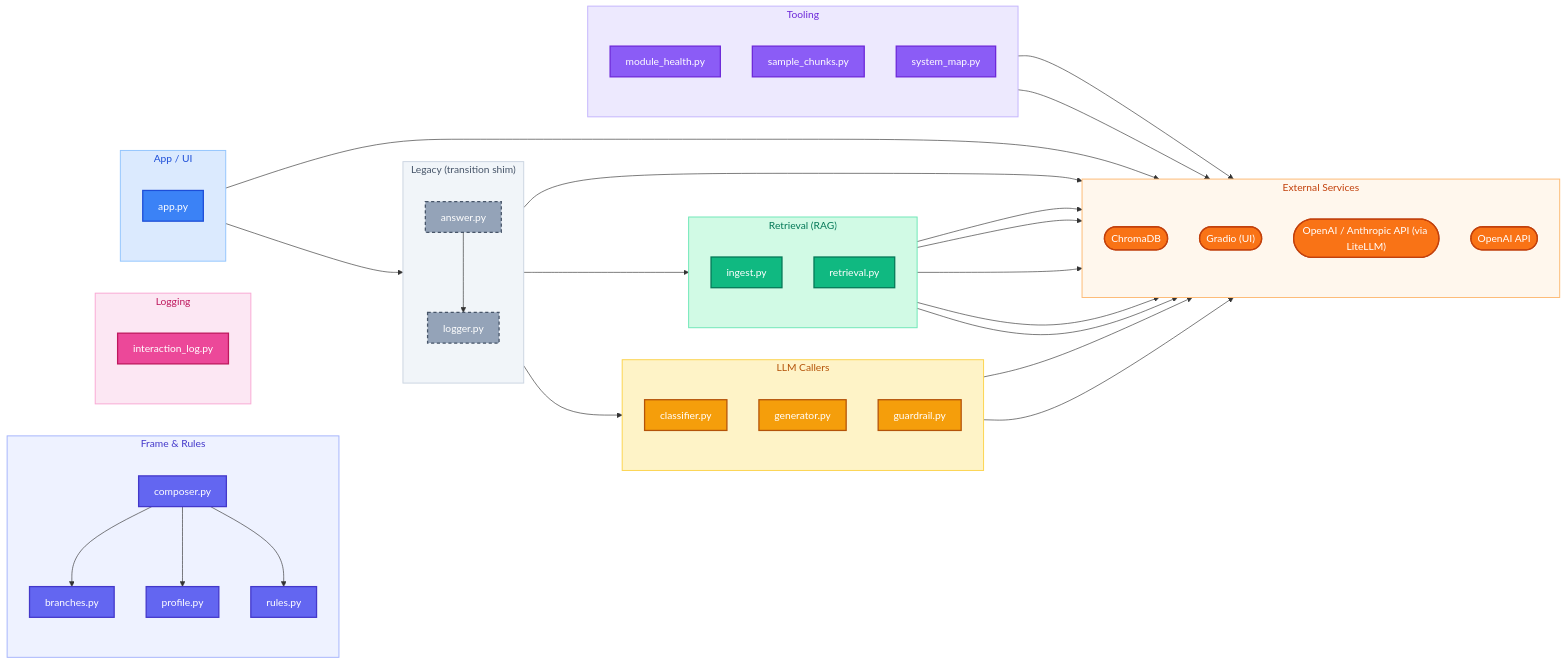
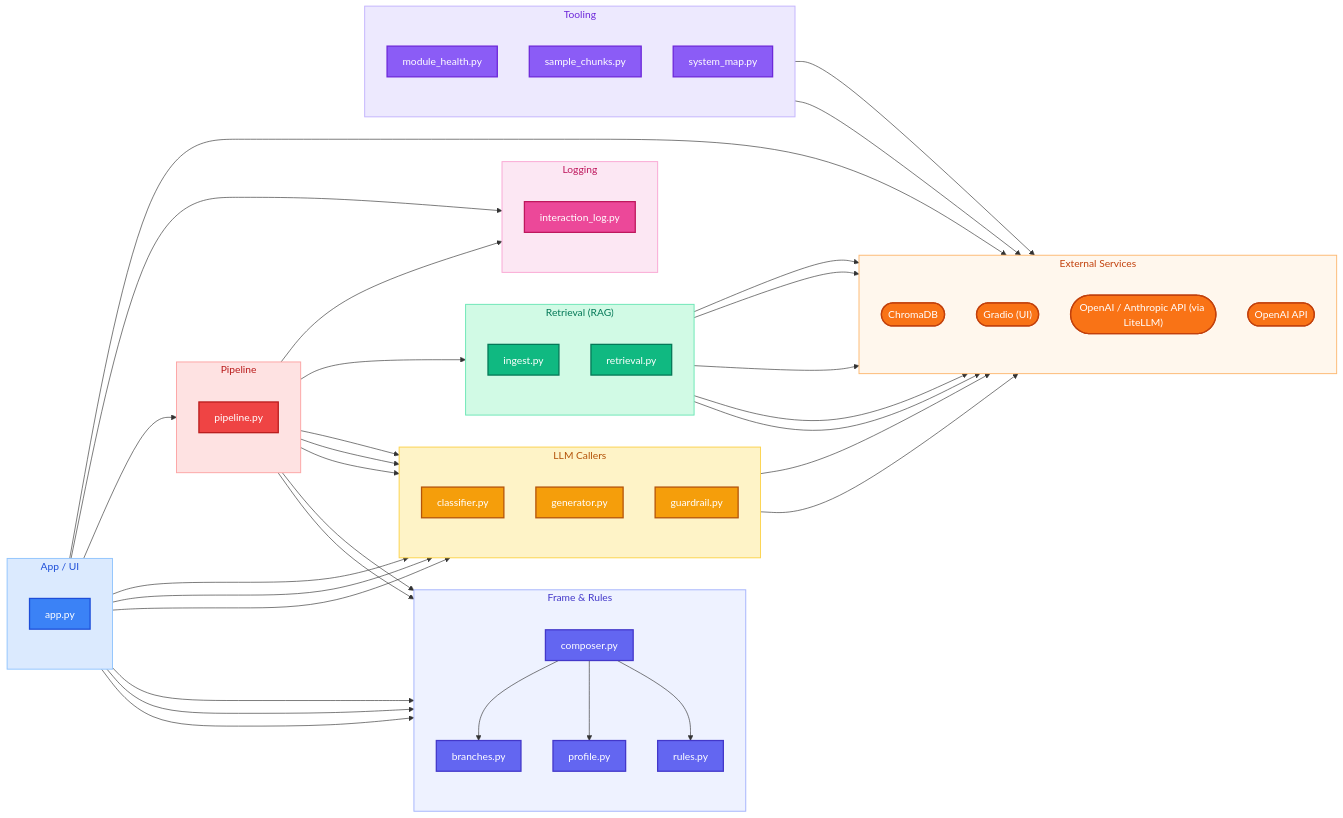
Before and after one commit to AlejandroFuentePinero/digital-twin: the diagram in docs/MAP.md, drawn with Mermaid. The commit also changed other lines of this file and 11 other files, not shown here.

````diff
--- a/docs/MAP.md
+++ b/docs/MAP.md
@@ -41,6 +41,11 @@
     retrieval["retrieval.py"]:::retrieval
   end
 
+  subgraph sg_pipeline["Pipeline"]
+    direction TB
+    pipeline["pipeline.py"]:::pipeline
+  end
+
   subgraph sg_logging["Logging"]
     direction TB
     interaction_log["interaction_log.py"]:::logging
@@ -49,12 +54,6 @@
   subgraph sg_appui["App / UI"]
     direction TB
     app["app.py"]:::appui
-  end
-
-  subgraph sg_legacy["Legacy (transition shim)"]
-    direction TB
-    answer["answer.py"]:::legacy
-    logger["logger.py"]:::legacy
   end
 
   subgraph sg_tooling["Tooling"]
@@ -72,14 +71,24 @@
     ext_OpenAI_API(["OpenAI API"]):::external
   end
 
-  answer --> guardrail
-  answer --> logger
-  answer --> retrieval
-  app --> answer
+  app --> branches
+  app --> classifier
+  app --> composer
+  app --> generator
+  app --> guardrail
+  app --> interaction_log
+  app --> pipeline
+  app --> profile
   composer --> branches
   composer --> profile
   composer --> rules
-  answer --> ext_OpenAI___Anthropic_API__via_LiteLLM_
+  pipeline --> branches
+  pipeline --> classifier
+  pipeline --> composer
+  pipeline --> generator
+  pipeline --> guardrail
+  pipeline --> interaction_log
+  pipeline --> retrieval
   app --> ext_Gradio__UI_
   generator --> ext_OpenAI___Anthropic_API__via_LiteLLM_
   guardrail --> ext_OpenAI___Anthropic_API__via_LiteLLM_
@@ -94,9 +103,9 @@
   style sg_frame fill:#eef2ff,stroke:#a5b4fc,stroke-width:1.5px,color:#4338ca
   style sg_llm fill:#fef3c7,stroke:#fcd34d,stroke-width:1.5px,color:#b45309
   style sg_retrieval fill:#d1fae5,stroke:#6ee7b7,stroke-width:1.5px,color:#047857
+  style sg_pipeline fill:#fee2e2,stroke:#fca5a5,stroke-width:1.5px,color:#b91c1c
   style sg_logging fill:#fce7f3,stroke:#f9a8d4,stroke-width:1.5px,color:#be185d
   style sg_appui fill:#dbeafe,stroke:#93c5fd,stroke-width:1.5px,color:#1d4ed8
-  style sg_legacy fill:#f1f5f9,stroke:#cbd5e1,stroke-width:1.5px,color:#475569
   style sg_tooling fill:#ede9fe,stroke:#c4b5fd,stroke-width:1.5px,color:#6d28d9
   style sg_external fill:#fff7ed,stroke:#fdba74,stroke-width:1.5px,color:#c2410c
 ```
````
